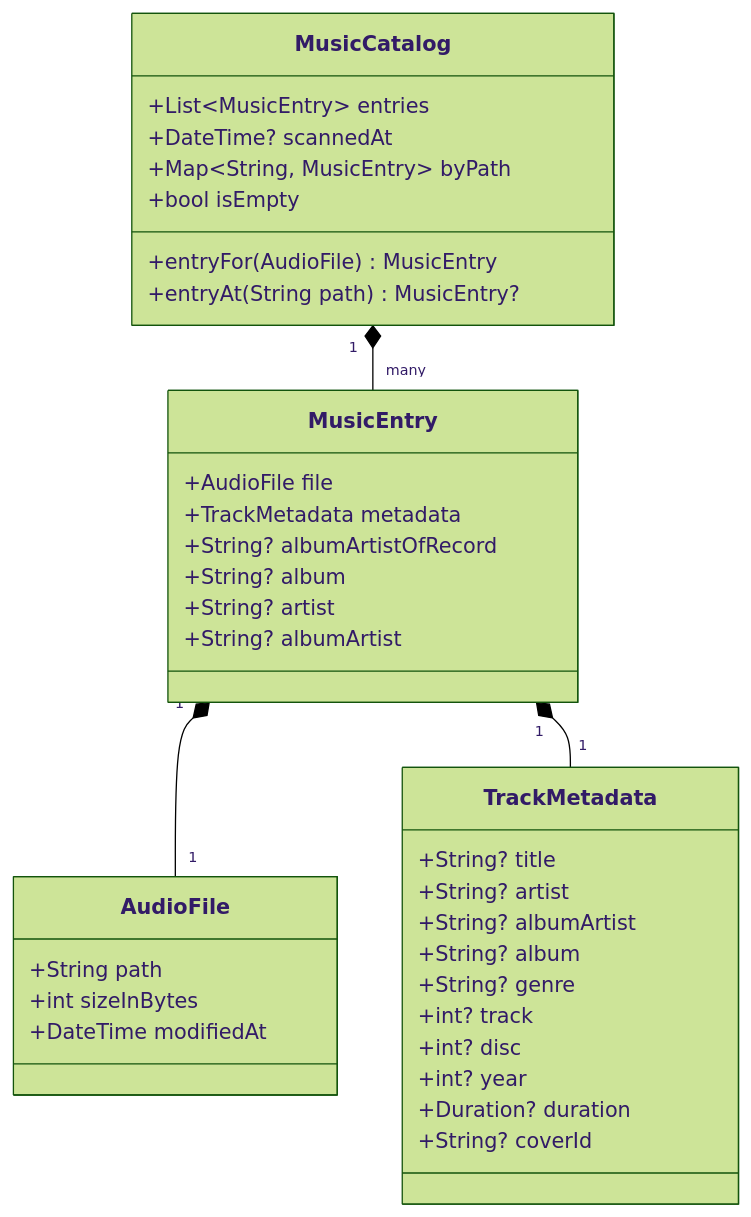
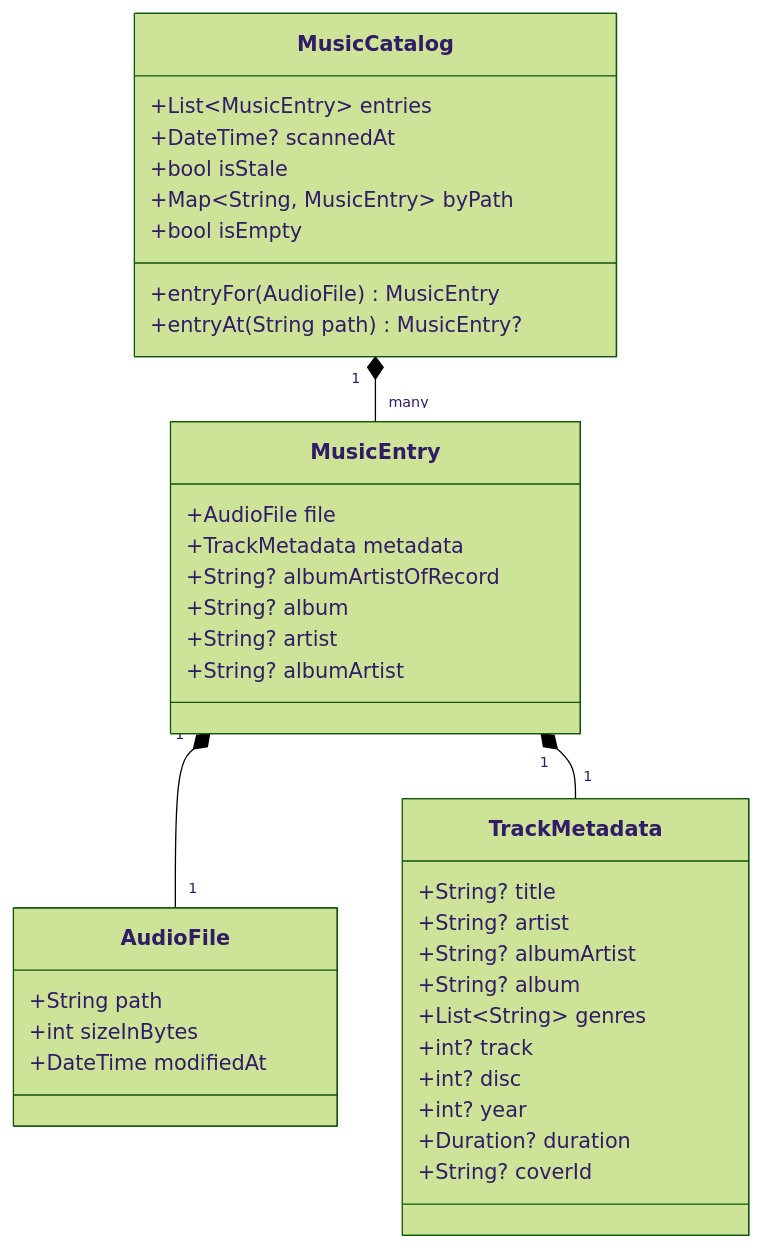
Before and after one commit to artur-rios/orpheus: the second of 3 diagrams in docs/site/content/en/docs/architecture/_index.md, drawn with Mermaid (forest theme). The commit also changed other lines of this file and 8 other files, not shown here.

````diff
--- a/docs/site/content/en/docs/architecture/_index.md
+++ b/docs/site/content/en/docs/architecture/_index.md
@@ -58,43 +58,44 @@
 ```mermaid
 classDiagram
     class MusicCatalog {
         +List~MusicEntry~ entries
         +DateTime? scannedAt
+        +bool isStale
         +Map~String, MusicEntry~ byPath
         +bool isEmpty
         +entryFor(AudioFile) MusicEntry
         +entryAt(String path) MusicEntry?
     }
 
     class MusicEntry {
         +AudioFile file
         +TrackMetadata metadata
         +String? albumArtistOfRecord
         +String? album
         +String? artist
         +String? albumArtist
     }
 
     class AudioFile {
         +String path
         +int sizeInBytes
         +DateTime modifiedAt
     }
 
     class TrackMetadata {
         +String? title
         +String? artist
         +String? albumArtist
         +String? album
-        +String? genre
+        +List~String~ genres
         +int? track
         +int? disc
         +int? year
         +Duration? duration
         +String? coverId
     }
 
     MusicCatalog "1" *-- "many" MusicEntry
     MusicEntry "1" *-- "1" AudioFile
     MusicEntry "1" *-- "1" TrackMetadata
 ```
````
